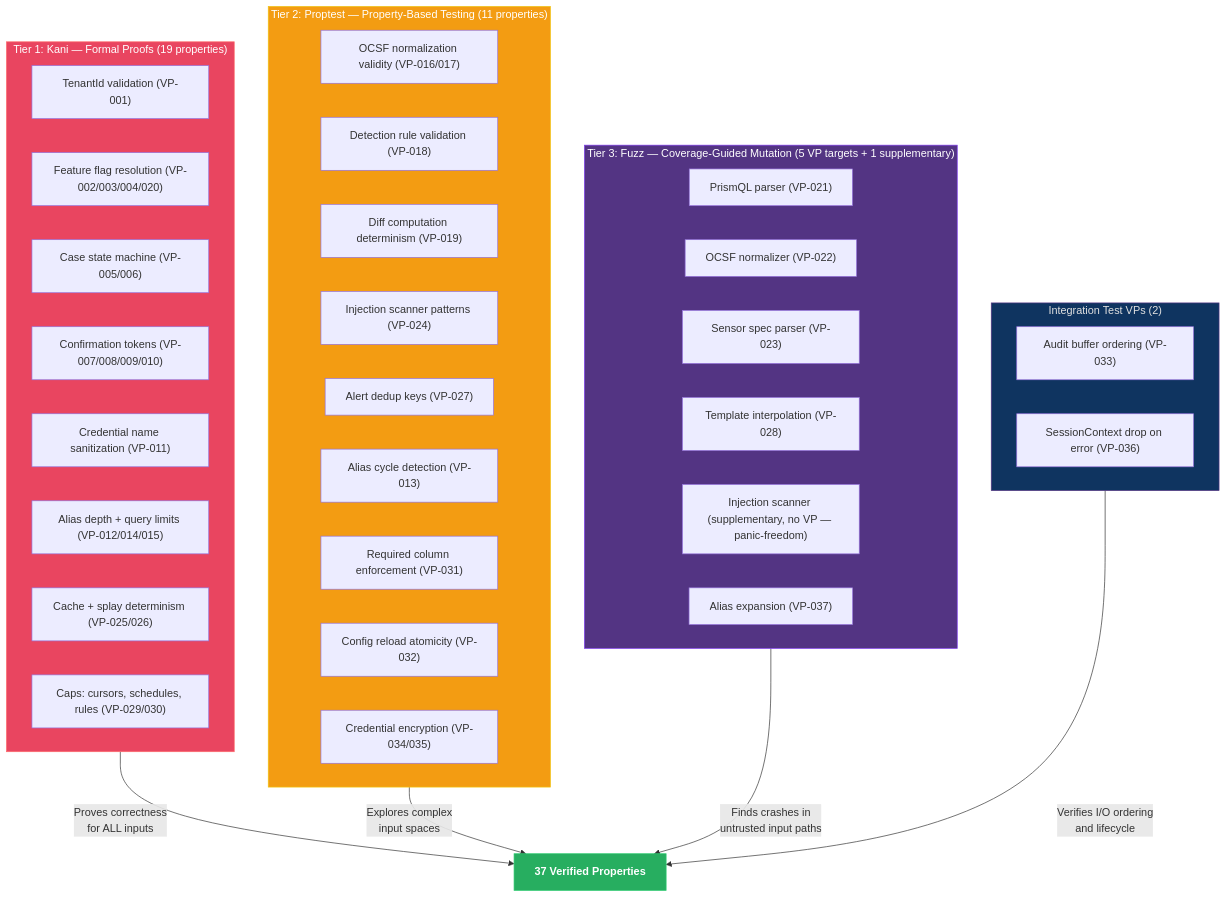
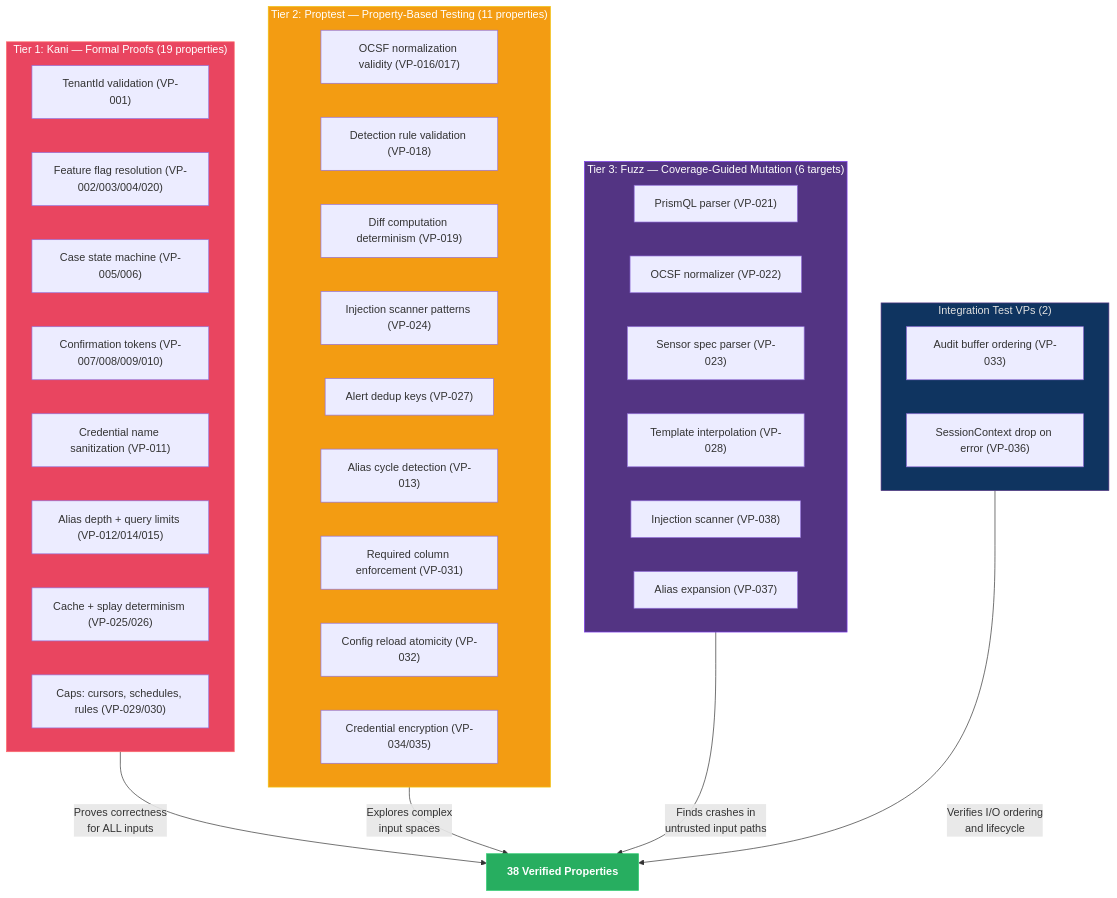
One commit to drbothen/prism changed the diagram in specs/architecture/verification-architecture.md. Above: the diagram before and after it, drawn with Mermaid. The commit also changed other lines of this file and 10 other files, not shown here.

````diff
--- a/specs/architecture/verification-architecture.md
+++ b/specs/architecture/verification-architecture.md
@@ -18,50 +18,50 @@
 ```mermaid
 graph TB
     subgraph TIER1["Tier 1: Kani — Formal Proofs (19 properties)"]
         K1["TenantId validation (VP-001)"]
         K2["Feature flag resolution (VP-002/003/004/020)"]
         K3["Case state machine (VP-005/006)"]
         K4["Confirmation tokens (VP-007/008/009/010)"]
         K5["Credential name sanitization (VP-011)"]
         K6["Alias depth + query limits (VP-012/014/015)"]
         K7["Cache + splay determinism (VP-025/026)"]
         K8["Caps: cursors, schedules, rules (VP-029/030)"]
     end
 
     subgraph TIER2["Tier 2: Proptest — Property-Based Testing (11 properties)"]
         P1["OCSF normalization validity (VP-016/017)"]
         P2["Detection rule validation (VP-018)"]
         P3["Diff computation determinism (VP-019)"]
         P4["Injection scanner patterns (VP-024)"]
         P5["Alert dedup keys (VP-027)"]
         P6["Alias cycle detection (VP-013)"]
         P7["Required column enforcement (VP-031)"]
         P8["Config reload atomicity (VP-032)"]
         P9["Credential encryption (VP-034/035)"]
     end
 
-    subgraph TIER3["Tier 3: Fuzz — Coverage-Guided Mutation (5 VP targets + 1 supplementary)"]
+    subgraph TIER3["Tier 3: Fuzz — Coverage-Guided Mutation (6 targets)"]
         F1["PrismQL parser (VP-021)"]
         F2["OCSF normalizer (VP-022)"]
         F3["Sensor spec parser (VP-023)"]
         F4["Template interpolation (VP-028)"]
-        F5["Injection scanner (supplementary, no VP — panic-freedom)"]
+        F5["Injection scanner (VP-038)"]
         F6["Alias expansion (VP-037)"]
     end
 
     subgraph INTEG["Integration Test VPs (2)"]
         I1["Audit buffer ordering (VP-033)"]
         I2["SessionContext drop on error (VP-036)"]
     end
 
-    TIER1 -->|"Proves correctness<br/>for ALL inputs"| SAFE["37 Verified Properties"]
+    TIER1 -->|"Proves correctness<br/>for ALL inputs"| SAFE["38 Verified Properties"]
     TIER2 -->|"Explores complex<br/>input spaces"| SAFE
     TIER3 -->|"Finds crashes in<br/>untrusted input paths"| SAFE
     INTEG -->|"Verifies I/O ordering<br/>and lifecycle"| SAFE
 
     style TIER1 fill:#e94560,stroke:#ff6b6b,color:#fff
     style TIER2 fill:#f39c12,stroke:#f1c40f,color:#fff
     style TIER3 fill:#533483,stroke:#7c3aed,color:#fff
     style INTEG fill:#0f3460,stroke:#533483,color:#e0e0e0
     style SAFE fill:#27ae60,stroke:#2ecc71,color:#fff,font-weight:bold
 ```
````
